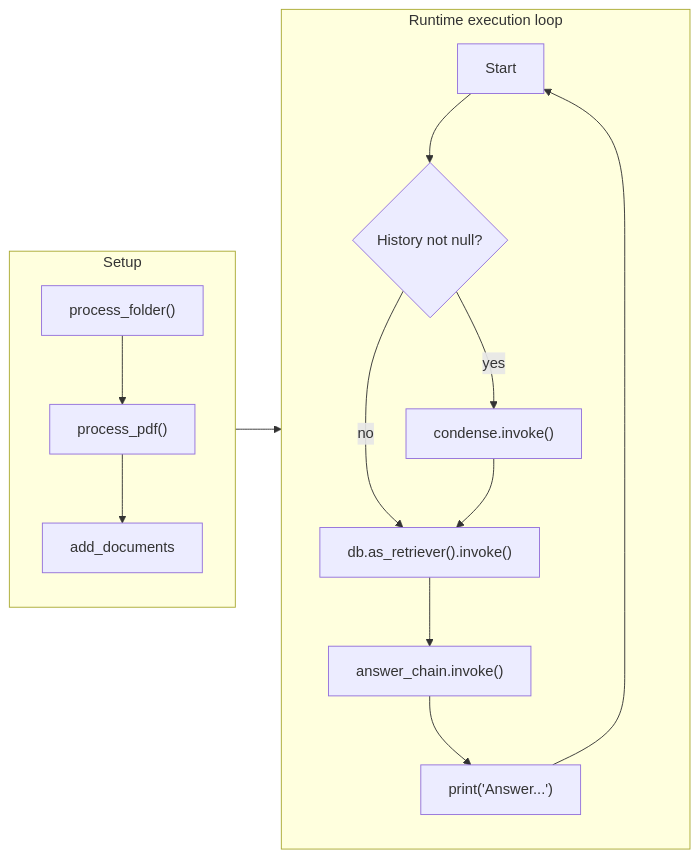
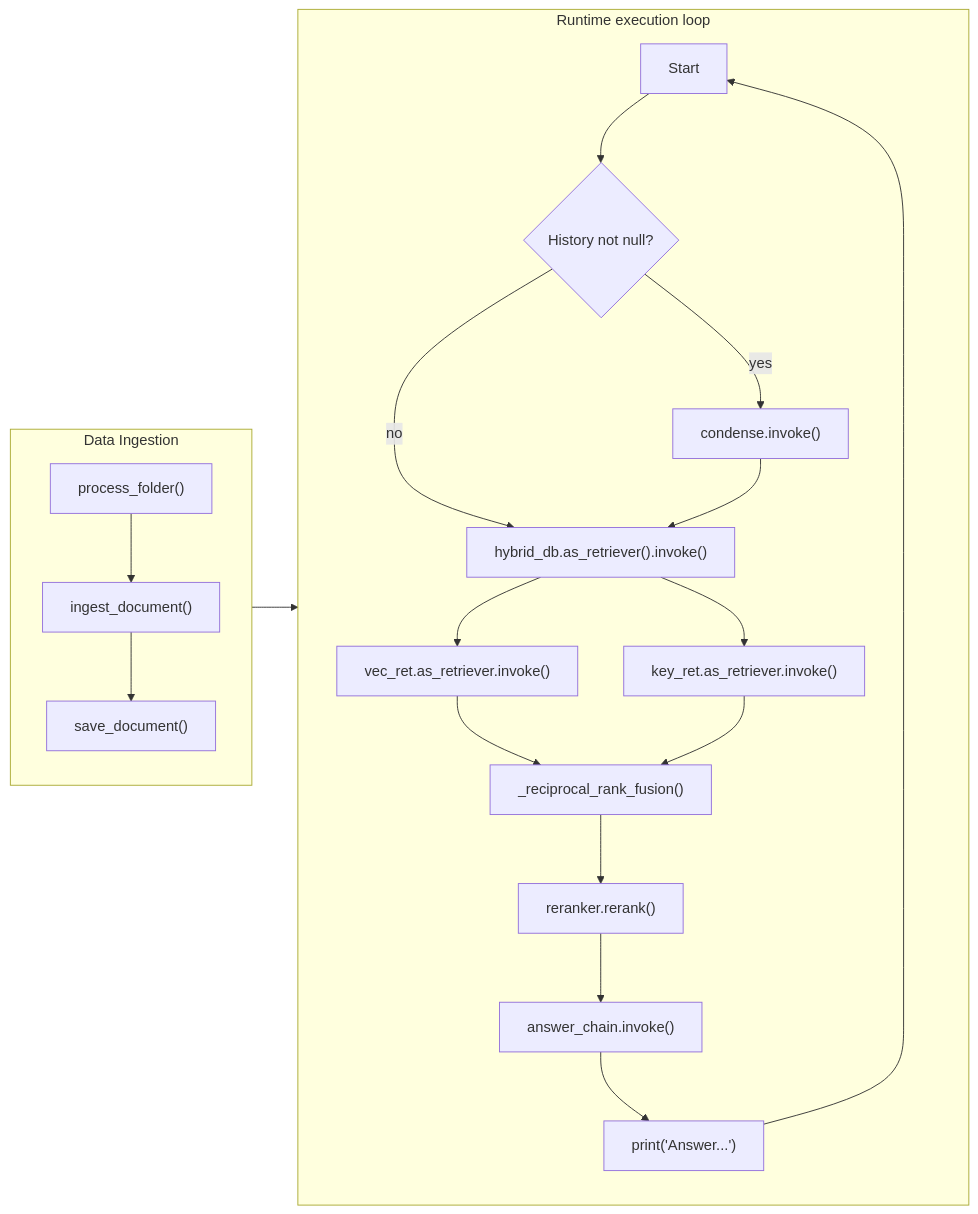
The diagram in README.md (DariusSasarman/Local-Rag-Agent), drawn with Mermaid before and after one commit. The commit also changed 7 other files, not shown here.

````diff
--- a/README.md
+++ b/README.md
@@ -6,16 +6,22 @@
 ```mermaid
 flowchart LR
-    subgraph di[Setup]
-        PFD["process_folder()"] --> PDF["process_pdf()"] --> VDB[add_documents]
+    subgraph di[Data Ingestion]
+        PFD["process_folder()"] --> File["ingest_document()"] 
+        File --> Save["save_document()"]
     end
     di --> rt
     subgraph rt[Runtime execution loop]
         st[Start] --> chk{History not null?}
         chk -->|yes| condense["condense.invoke()"]
-        chk -->|no| retrieve["db.as_retriever().invoke()"]
+        chk -->|no| retrieve["hybrid_db.as_retriever().invoke()"]
         condense --> retrieve
-        retrieve --> ans["answer_chain.invoke()"]
+        retrieve --> vec_ret["vec_ret.as_retriever.invoke()"]
+        retrieve --> key_ret["key_ret.as_retriever.invoke()"]
+        vec_ret --> r_kkf["_reciprocal_rank_fusion()"]
+        key_ret --> r_kkf["_reciprocal_rank_fusion()"]
+        r_kkf --> crs_enc["reranker.rerank()"]
+        crs_enc --> ans["answer_chain.invoke()"]
         ans --> prin["print('Answer...')"]
         prin --> st
     end
 ```
````
